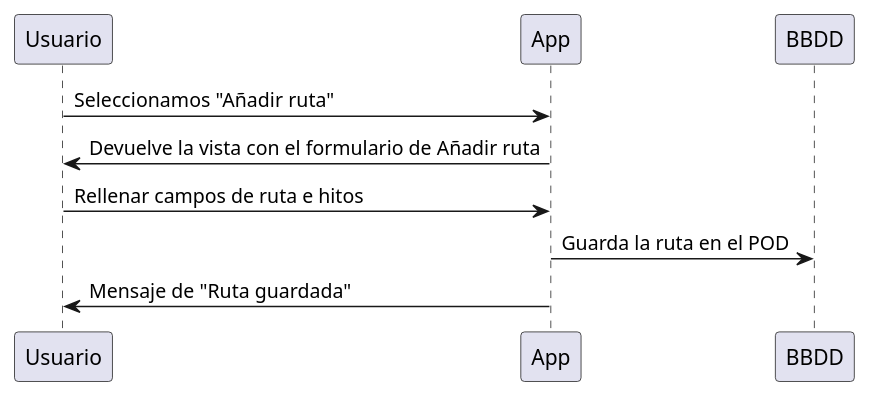
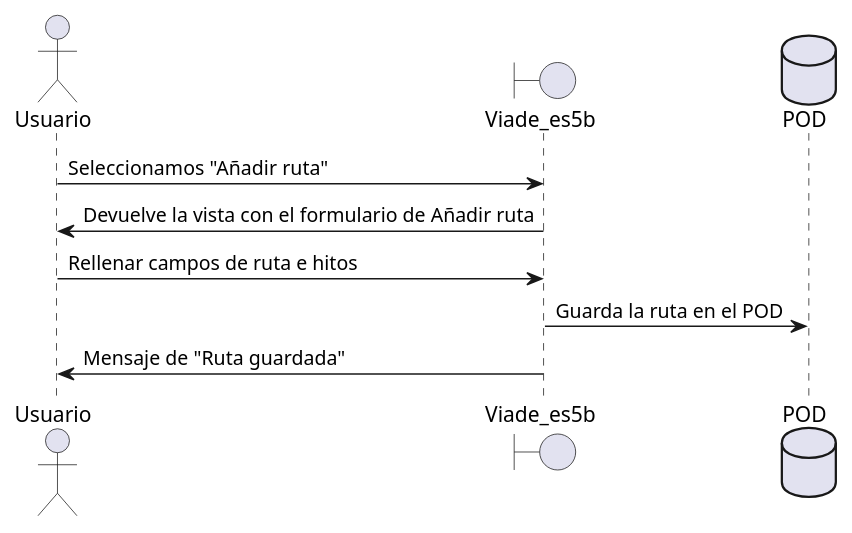
One commit to Arquisoft/viade_es5b changed the first of 16 diagrams in src/docs/06_runtime_view.adoc. Above: the diagram before and after it, drawn with PlantUML. The commit also changed other lines of this file, not shown here.

```diff
--- a/src/docs/06_runtime_view.adoc
+++ b/src/docs/06_runtime_view.adoc
@@ -57,8 +57,11 @@
 [plantuml,"DiagramaAddRuta",png]
 ----
-Usuario -> App: Seleccionamos "Añadir ruta"
-App -> Usuario: Devuelve la vista con el formulario de Añadir ruta
-Usuario -> App: Rellenar campos de ruta e hitos
-App -> BBDD: Guarda la ruta en el POD
-App -> Usuario: Mensaje de "Ruta guardada"
+actor Usuario
+boundary Viade_es5b
+database POD
+Usuario -> Viade_es5b: Seleccionamos "Añadir ruta"
+Viade_es5b -> Usuario: Devuelve la vista con el formulario de Añadir ruta
+Usuario -> Viade_es5b: Rellenar campos de ruta e hitos
+Viade_es5b -> POD: Guarda la ruta en el POD
+Viade_es5b -> Usuario: Mensaje de "Ruta guardada"
 ----
```
